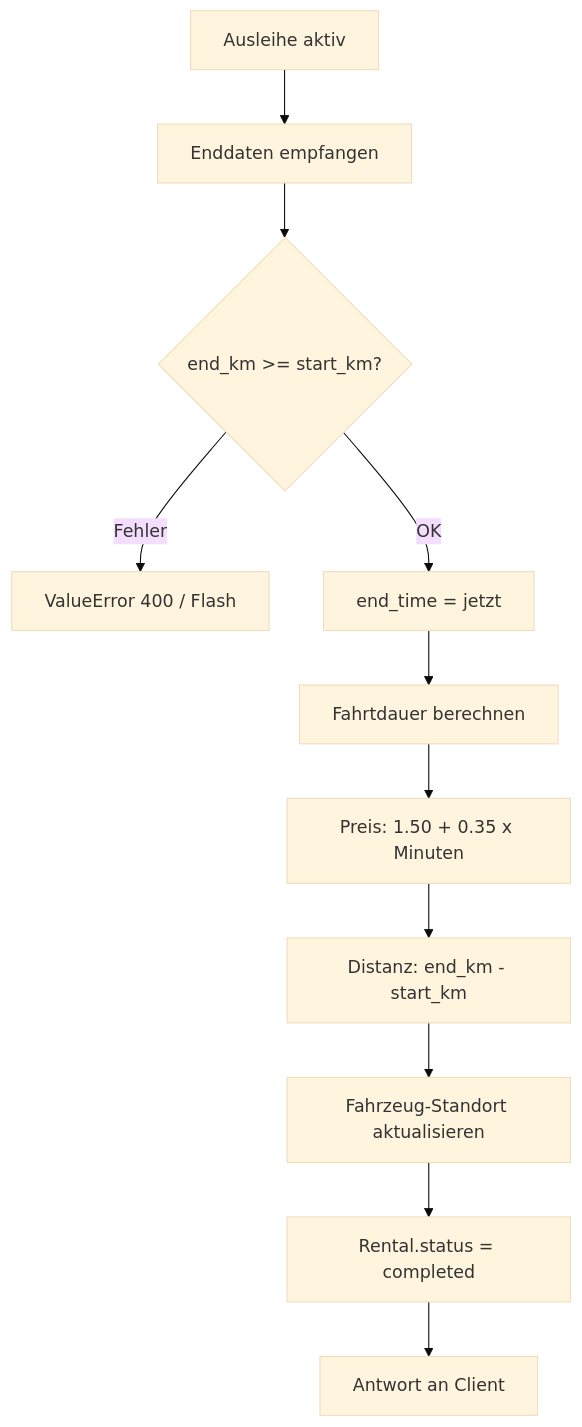
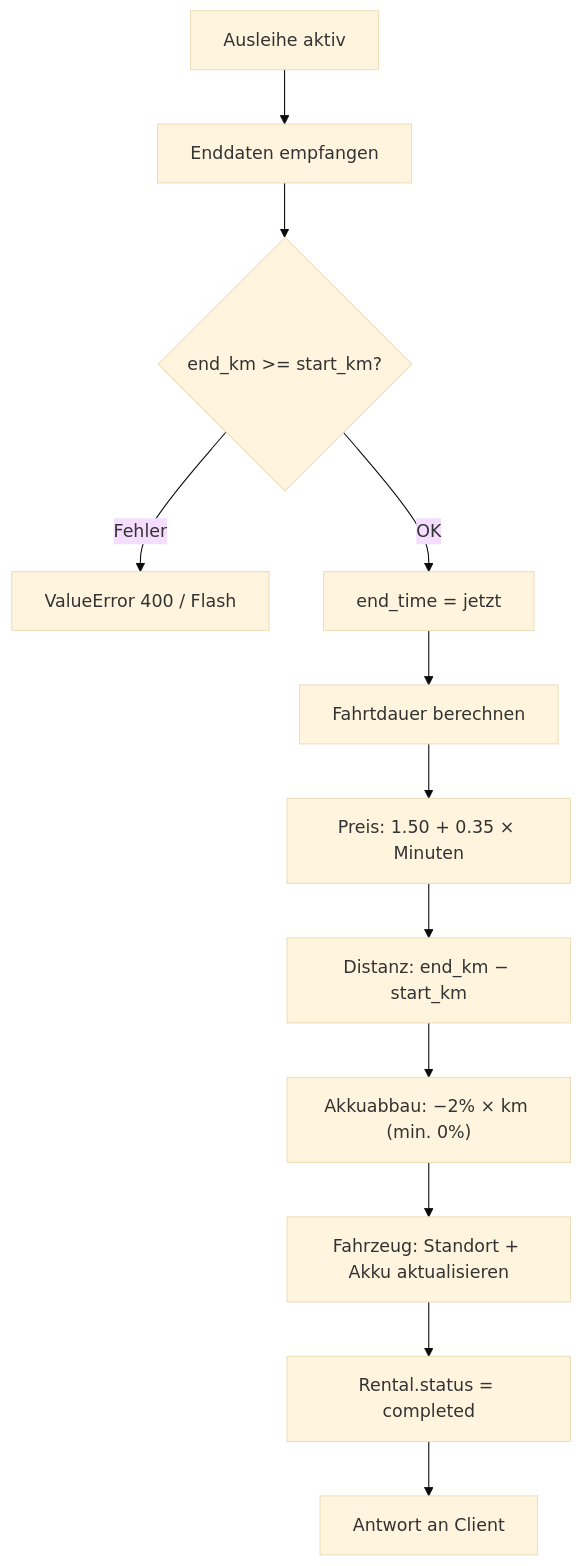
One commit to mogomes/e-mobility changed the fourth of 5 diagrams in docs/05_systemarchitektur.md. Above: the diagram before and after it, drawn with Mermaid (base theme). The commit also changed other lines of this file and 16 other files, not shown here.

````diff
--- a/docs/05_systemarchitektur.md
+++ b/docs/05_systemarchitektur.md
@@ -144,13 +145,14 @@
 ```mermaid
 flowchart TD
     A[Ausleihe aktiv] --> B[Enddaten empfangen]
     B --> C{end_km >= start_km?}
     C -- Fehler --> D[ValueError 400 / Flash]
     C -- OK --> E[end_time = jetzt]
     E --> F[Fahrtdauer berechnen]
-    F --> G["Preis: 1.50 + 0.35 x Minuten"]
-    G --> H["Distanz: end_km - start_km"]
-    H --> I[Fahrzeug-Standort aktualisieren]
+    F --> G["Preis: 1.50 + 0.35 × Minuten"]
+    G --> H["Distanz: end_km − start_km"]
+    H --> H2["Akkuabbau: −2% × km (min. 0%)"]
+    H2 --> I[Fahrzeug: Standort + Akku aktualisieren]
     I --> J[Rental.status = completed]
     J --> K[Antwort an Client]
 ```
````
